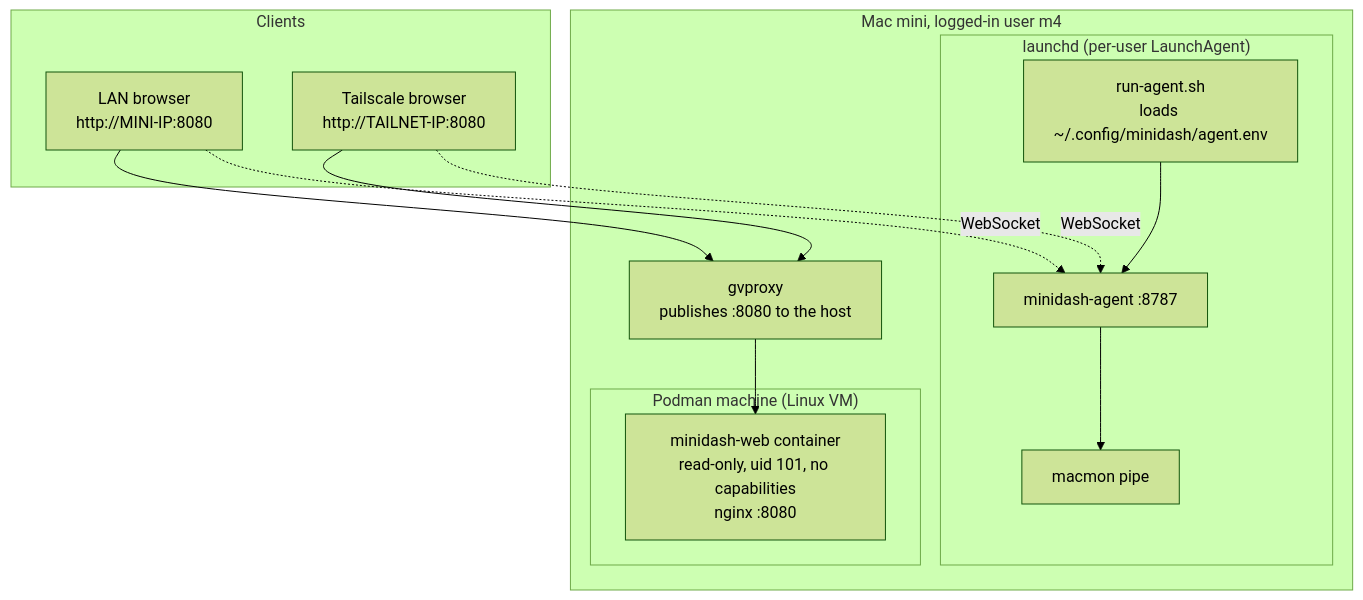
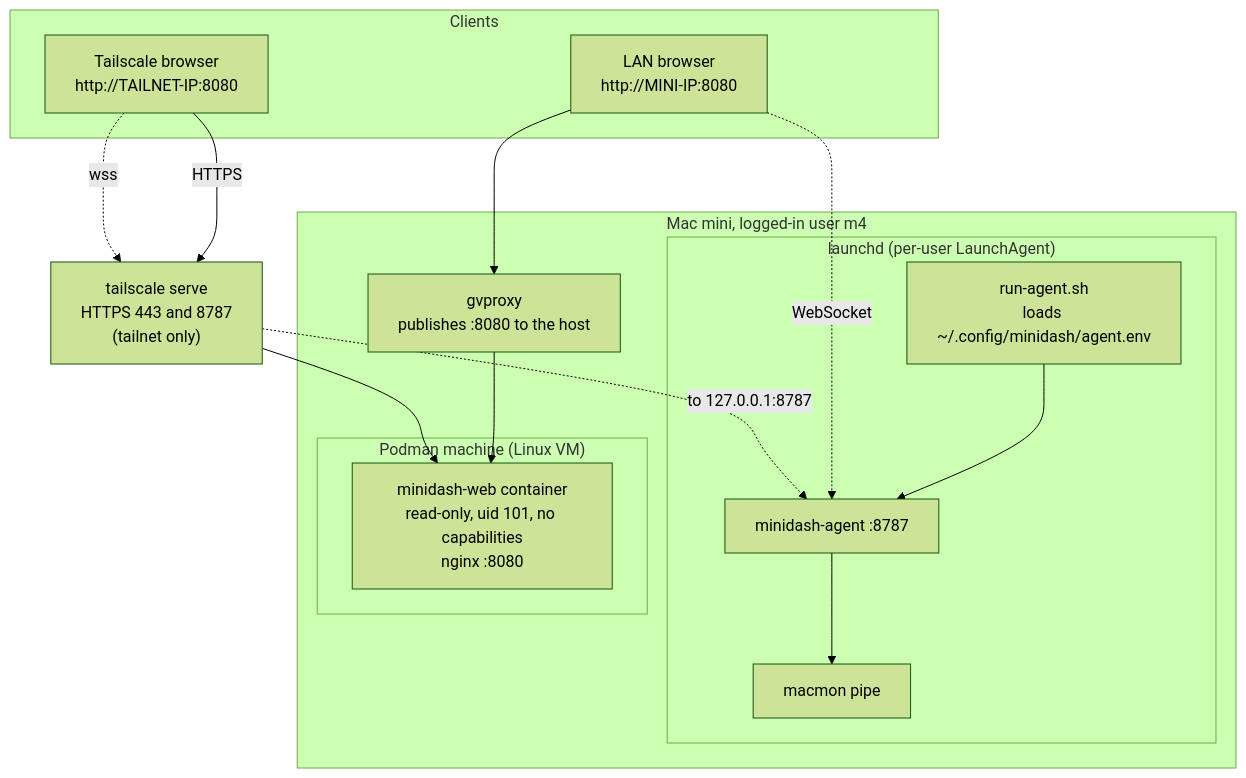
Before and after one commit to devdaviddr/minidash: the fifth of 7 diagrams in docs/architecture.md, drawn with Mermaid (forest theme). The commit also changed other lines of this file and 10 other files, not shown here.

First line of the commit message:
docs: document HTTPS over Tailscale and the upgrade script

````diff
--- a/docs/architecture.md
+++ b/docs/architecture.md
@@ -129,24 +129,28 @@
 ```mermaid
 flowchart TB
   subgraph clients["Clients"]
     lan["LAN browser<br/>http://MINI-IP:8080"]
     ts["Tailscale browser<br/>http://TAILNET-IP:8080"]
   end
 
   subgraph mini["Mac mini, logged-in user m4"]
     subgraph launchd["launchd (per-user LaunchAgent)"]
       run["run-agent.sh<br/>loads ~/.config/minidash/agent.env"] --> ag["minidash-agent :8787"]
       ag --> mm["macmon pipe"]
     end
     subgraph vm["Podman machine (Linux VM)"]
       ct["minidash-web container<br/>read-only, uid 101, no capabilities<br/>nginx :8080"]
     end
     gv["gvproxy<br/>publishes :8080 to the host"]
   end
 
+  tsh["tailscale serve<br/>HTTPS 443 and 8787<br/>(tailnet only)"]
+
   lan --> gv
-  ts --> gv
   gv --> ct
   lan -. "WebSocket" .-> ag
-  ts -. "WebSocket" .-> ag
+  ts -- "HTTPS" --> tsh
+  tsh --> ct
+  ts -. "wss" .-> tsh
+  tsh -. "to 127.0.0.1:8787" .-> ag
 ```
````
